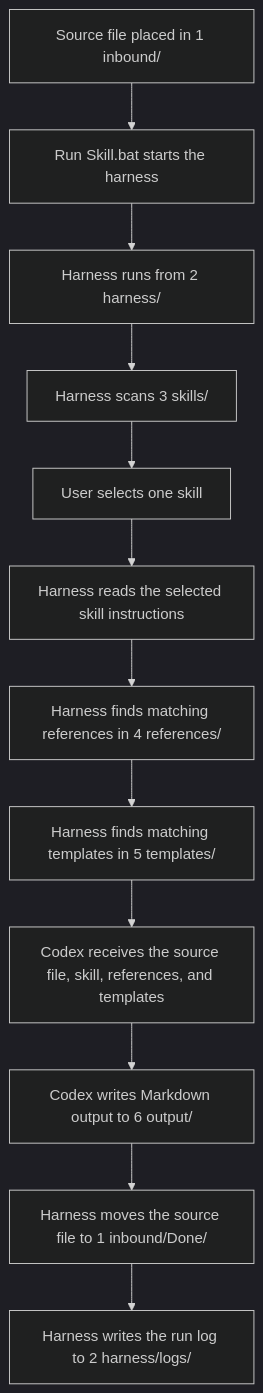
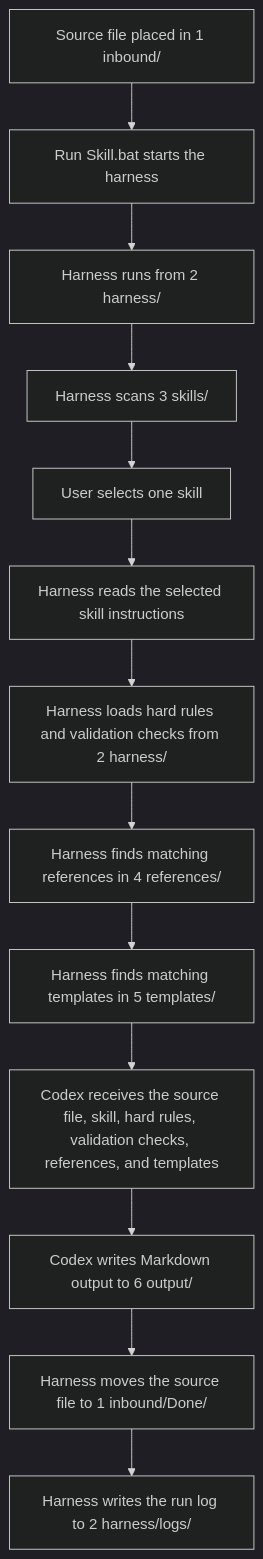
The diagram in README.md (chaddeguzman/control-library), drawn with Mermaid (dark theme) before and after one commit. The commit also changed other lines of this file and 6 other files, not shown here.

Commit message:
Added hard rules and validation checks folders

````diff
--- a/README.md
+++ b/README.md
@@ -27,14 +28,15 @@
 ```mermaid
 flowchart TD
     A[Source file placed in 1 inbound/] --> B[Run Skill.bat starts the harness]
     B --> C[Harness runs from 2 harness/]
     C --> D[Harness scans 3 skills/]
     D --> E[User selects one skill]
     E --> F[Harness reads the selected skill instructions]
-    F --> G[Harness finds matching references in 4 references/]
-    G --> H[Harness finds matching templates in 5 templates/]
-    H --> I[Codex receives the source file, skill, references, and templates]
-    I --> J[Codex writes Markdown output to 6 output/]
-    J --> K[Harness moves the source file to 1 inbound/Done/]
-    K --> L[Harness writes the run log to 2 harness/logs/]
+    F --> G[Harness loads hard rules and validation checks from 2 harness/]
+    G --> H[Harness finds matching references in 4 references/]
+    H --> I[Harness finds matching templates in 5 templates/]
+    I --> J[Codex receives the source file, skill, hard rules, validation checks, references, and templates]
+    J --> K[Codex writes Markdown output to 6 output/]
+    K --> L[Harness moves the source file to 1 inbound/Done/]
+    L --> M[Harness writes the run log to 2 harness/logs/]
 ```
````
